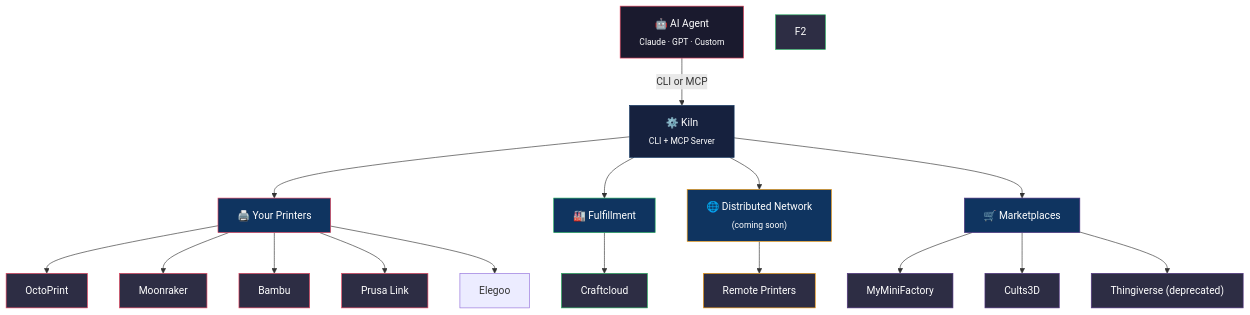
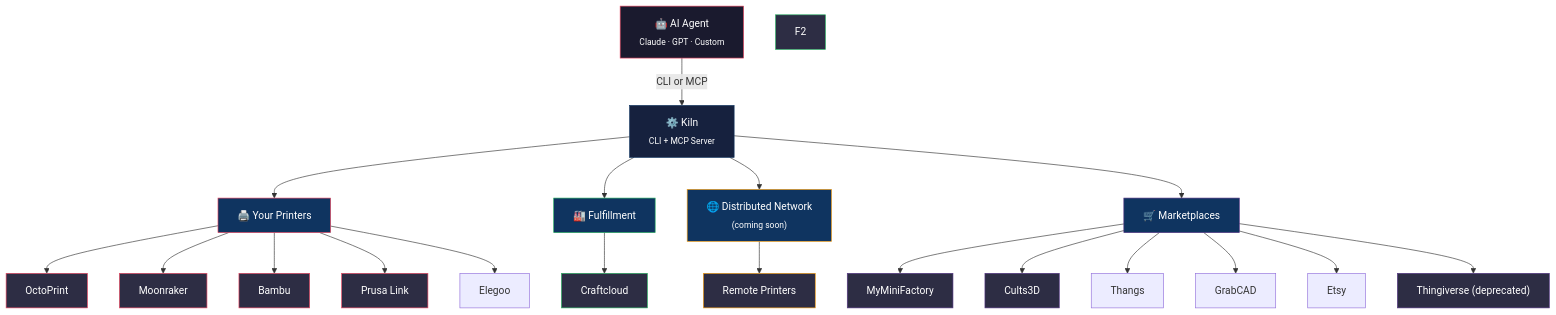
Before and after one commit to codeofaxel/Kiln: the diagram in README.md, drawn with Mermaid. The commit also changed other lines of this file and 3 other files, not shown here.

First line of the commit message:
docs: add Thangs, GrabCAD, Etsy to all marketplace references

````diff
--- a/README.md
+++ b/README.md
@@ -59,41 +59,44 @@
 ```mermaid
 graph TD
     A["🤖 AI Agent<br/><sub>Claude · GPT · Custom</sub>"]
     A -->|"CLI or MCP"| B["⚙️ Kiln<br/><sub>CLI + MCP Server</sub>"]
 
     B --> C["🖨️ Your Printers"]
     B --> F["🏭 Fulfillment"]
     B --> N["🌐 Distributed Network<br/><sub>(coming soon)</sub>"]
     B --> D["🛒 Marketplaces"]
 
     C --> E1["OctoPrint"]
     C --> E2["Moonraker"]
     C --> E3["Bambu"]
     C --> E4["Prusa Link"]
     C --> E5["Elegoo"]
 
     F --> F1["Craftcloud"]
 
     N --> N1["Remote Printers"]
 
     D --> I["MyMiniFactory"]
     D --> J["Cults3D"]
+    D --> K["Thangs"]
+    D --> L["GrabCAD"]
+    D --> M["Etsy"]
     D --> H["Thingiverse (deprecated)"]
 
     style A fill:#1a1a2e,stroke:#e94560,color:#fff
     style B fill:#16213e,stroke:#0f3460,color:#fff
     style C fill:#0f3460,stroke:#e94560,color:#fff
     style F fill:#0f3460,stroke:#27ae60,color:#fff
     style N fill:#0f3460,stroke:#f39c12,color:#fff
     style D fill:#0f3460,stroke:#533483,color:#fff
     style E1 fill:#2d2d44,stroke:#e94560,color:#fff
     style E2 fill:#2d2d44,stroke:#e94560,color:#fff
     style E3 fill:#2d2d44,stroke:#e94560,color:#fff
     style E4 fill:#2d2d44,stroke:#e94560,color:#fff
     style F1 fill:#2d2d44,stroke:#27ae60,color:#fff
     style F2 fill:#2d2d44,stroke:#27ae60,color:#fff
     style N1 fill:#2d2d44,stroke:#f39c12,color:#fff
     style H fill:#2d2d44,stroke:#533483,color:#fff
     style I fill:#2d2d44,stroke:#533483,color:#fff
     style J fill:#2d2d44,stroke:#533483,color:#fff
 ```
````
